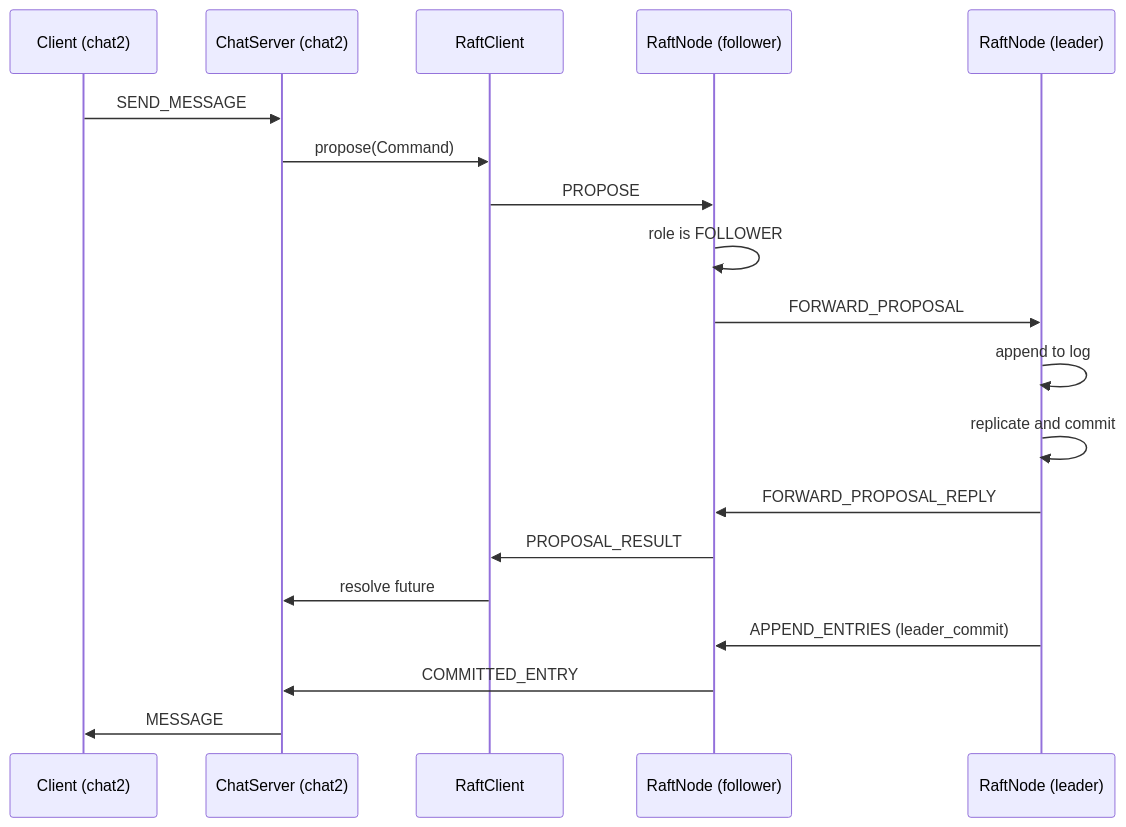
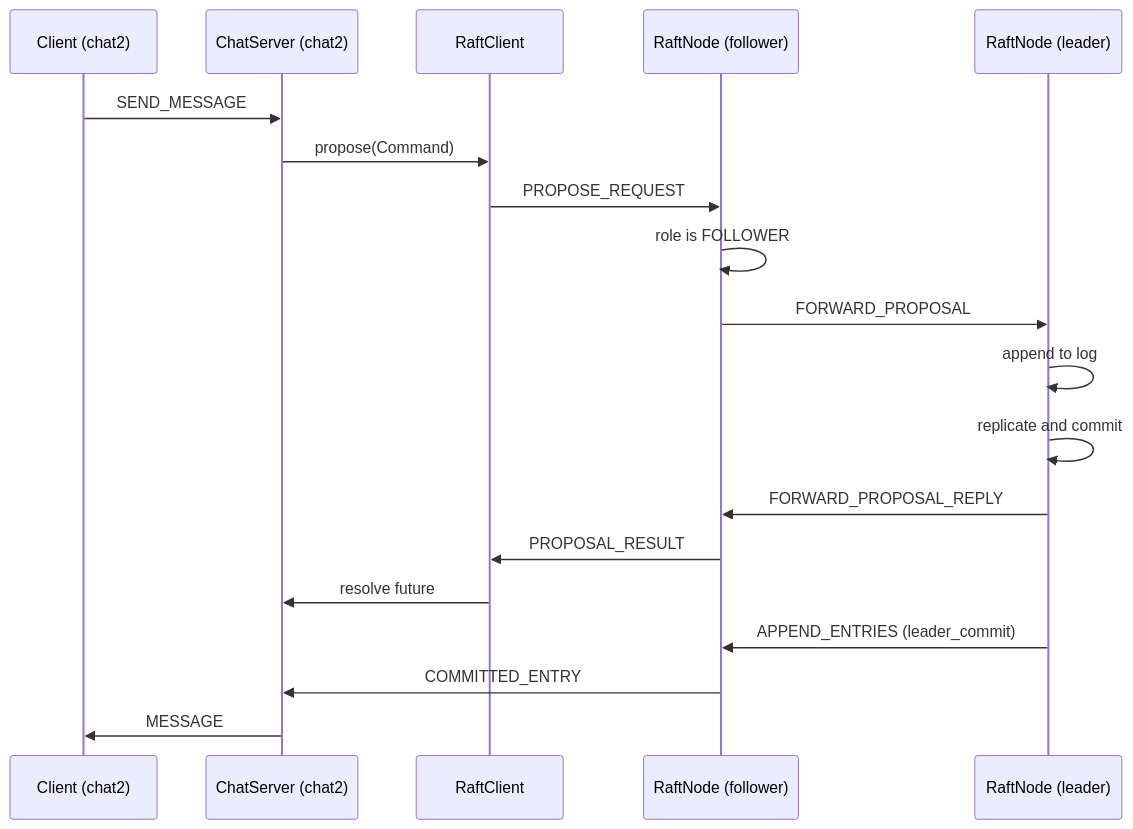
Before and after one commit to kokorohoriuchi/chatservice: the third of 3 diagrams in docs/architecture.md, drawn with Mermaid. The commit also changed other lines of this file and 9 other files, not shown here.

````diff
--- a/docs/architecture.md
+++ b/docs/architecture.md
@@ -126,22 +126,22 @@
 ```mermaid
 sequenceDiagram
     participant C1 as Client (chat2)
     participant S1 as ChatServer (chat2)
     participant RC as RaftClient
     participant N2 as RaftNode (follower)
     participant N1 as RaftNode (leader)
 
     C1->>S1: SEND_MESSAGE
     S1->>RC: propose(Command)
-    RC->>N2: PROPOSE
+    RC->>N2: PROPOSE_REQUEST
     N2->>N2: role is FOLLOWER
     N2->>N1: FORWARD_PROPOSAL
     N1->>N1: append to log
     N1->>N1: replicate and commit
     N1->>N2: FORWARD_PROPOSAL_REPLY
     N2->>RC: PROPOSAL_RESULT
     RC->>S1: resolve future
     N1->>N2: APPEND_ENTRIES (leader_commit)
     N2->>S1: COMMITTED_ENTRY
     S1->>C1: MESSAGE
 ```
````
